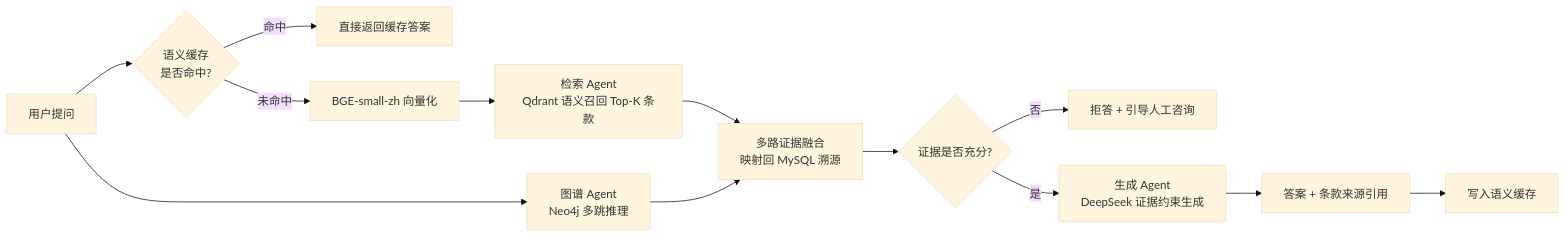
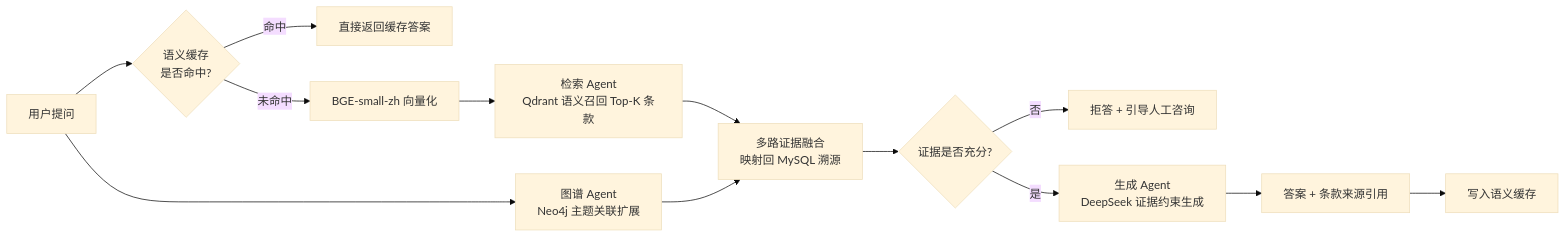
One commit to xc-0525/school-rules-rag-platform changed the second of 3 diagrams in README.md. Above: the diagram before and after it, drawn with Mermaid (base theme). The commit also changed other lines of this file and 33 other files, not shown here.

````diff
--- a/README.md
+++ b/README.md
@@ -151,15 +155,15 @@
 ```mermaid
 flowchart LR
     Q[用户提问] --> C{语义缓存<br/>是否命中?}
     C -->|命中| A0[直接返回缓存答案]
     C -->|未命中| E[BGE-small-zh 向量化]
     E --> R[检索 Agent<br/>Qdrant 语义召回 Top-K 条款]
-    Q --> G[图谱 Agent<br/>Neo4j 多跳推理]
+    Q --> G[图谱 Agent<br/>Neo4j 主题关联扩展]
     R --> M[多路证据融合<br/>映射回 MySQL 溯源]
     G --> M
     M --> J{证据是否充分?}
     J -->|否| X["拒答 + 引导人工咨询"]
     J -->|是| W[生成 Agent<br/>DeepSeek 证据约束生成]
     W --> A1[答案 + 条款来源引用]
     A1 --> S[写入语义缓存]
 ```
````
